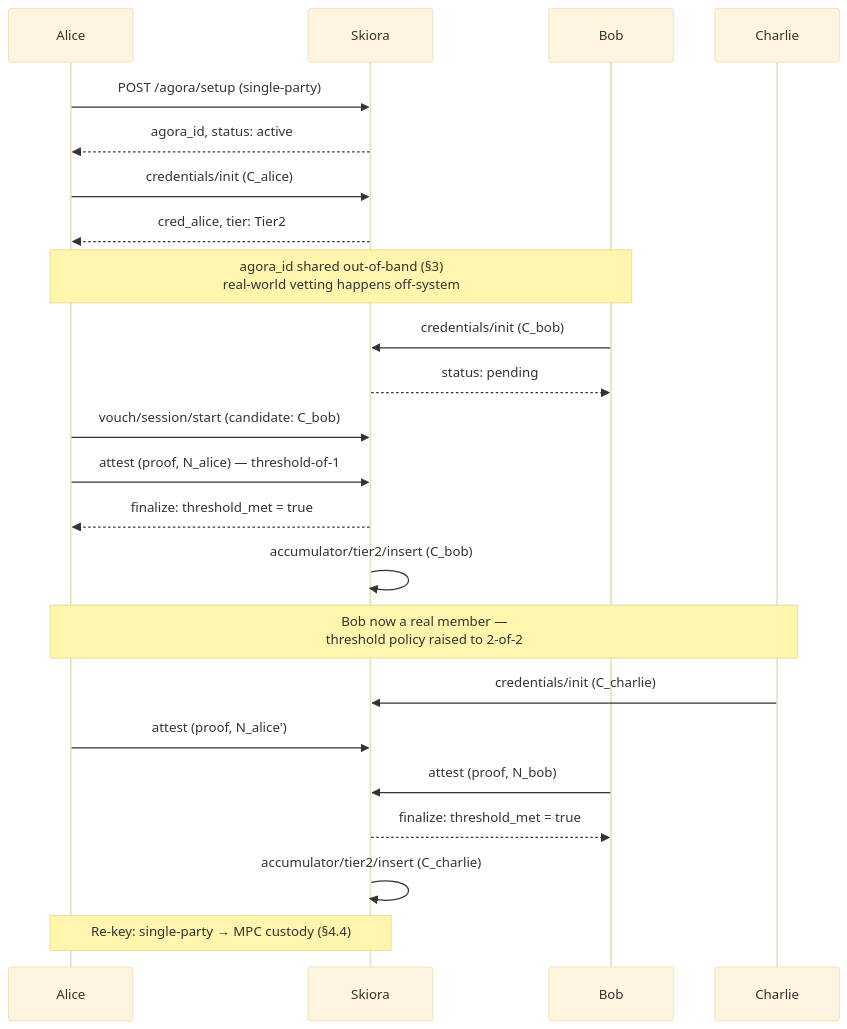
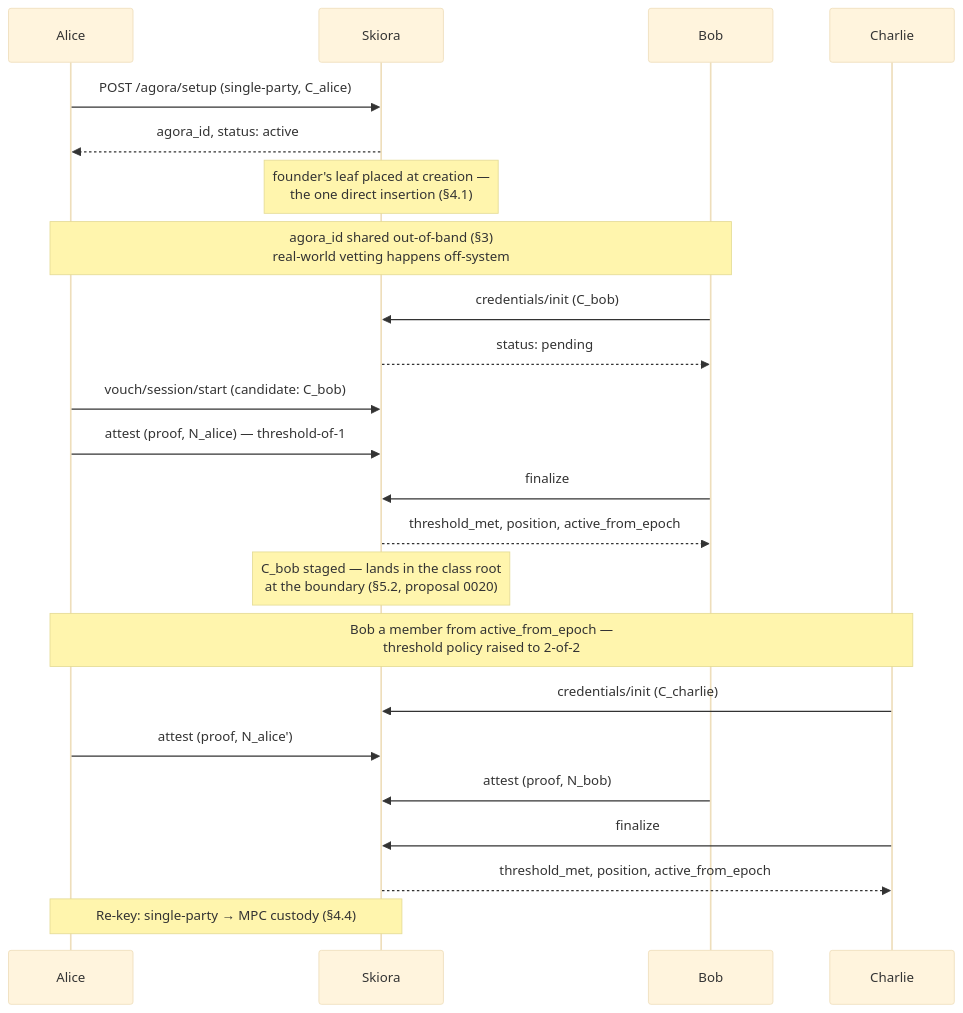
Before and after one commit to xyberal/nymora: the second of 6 diagrams in spec/nymora-protocol.md, drawn with Mermaid (base theme). The commit also changed other lines of this file and 2 other files, not shown here.

````diff
--- a/spec/nymora-protocol.md
+++ b/spec/nymora-protocol.md
@@ -96,32 +96,32 @@
 ```mermaid
 sequenceDiagram
     participant Alice
     participant Skiora
     participant Bob
     participant Charlie
 
-    Alice->>Skiora: POST /agora/setup (single-party)
+    Alice->>Skiora: POST /agora/setup (single-party, C_alice)
     Skiora-->>Alice: agora_id, status: active
-    Alice->>Skiora: credentials/init (C_alice)
-    Skiora-->>Alice: cred_alice, tier: Tier2
+    Note over Skiora: founder's leaf placed at creation —<br/>the one direct insertion (§4.1)
 
     Note over Alice,Bob: agora_id shared out-of-band (§3)<br/>real-world vetting happens off-system
 
     Bob->>Skiora: credentials/init (C_bob)
     Skiora-->>Bob: status: pending
 
     Alice->>Skiora: vouch/session/start (candidate: C_bob)
     Alice->>Skiora: attest (proof, N_alice) — threshold-of-1
-    Skiora-->>Alice: finalize: threshold_met = true
-    Skiora->>Skiora: accumulator/tier2/insert (C_bob)
+    Bob->>Skiora: finalize
+    Skiora-->>Bob: threshold_met, position, active_from_epoch
+    Note over Skiora: C_bob staged — lands in the class root<br/>at the boundary (§5.2, proposal 0020)
 
-    Note over Alice,Charlie: Bob now a real member —<br/>threshold policy raised to 2-of-2
+    Note over Alice,Charlie: Bob a member from active_from_epoch —<br/>threshold policy raised to 2-of-2
 
     Charlie->>Skiora: credentials/init (C_charlie)
     Alice->>Skiora: attest (proof, N_alice')
     Bob->>Skiora: attest (proof, N_bob)
-    Skiora-->>Bob: finalize: threshold_met = true
-    Skiora->>Skiora: accumulator/tier2/insert (C_charlie)
+    Charlie->>Skiora: finalize
+    Skiora-->>Charlie: threshold_met, position, active_from_epoch
 
     Note over Alice,Skiora: Re-key: single-party → MPC custody (§4.4)
 ```
````
